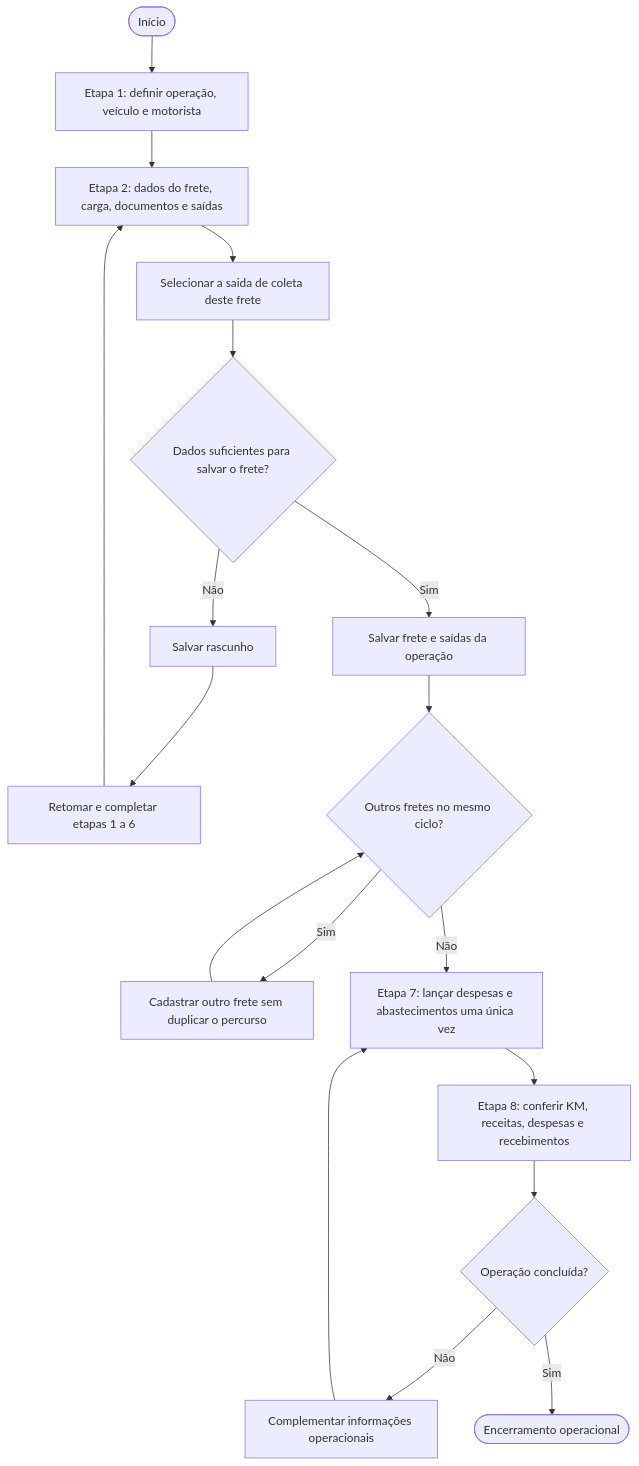
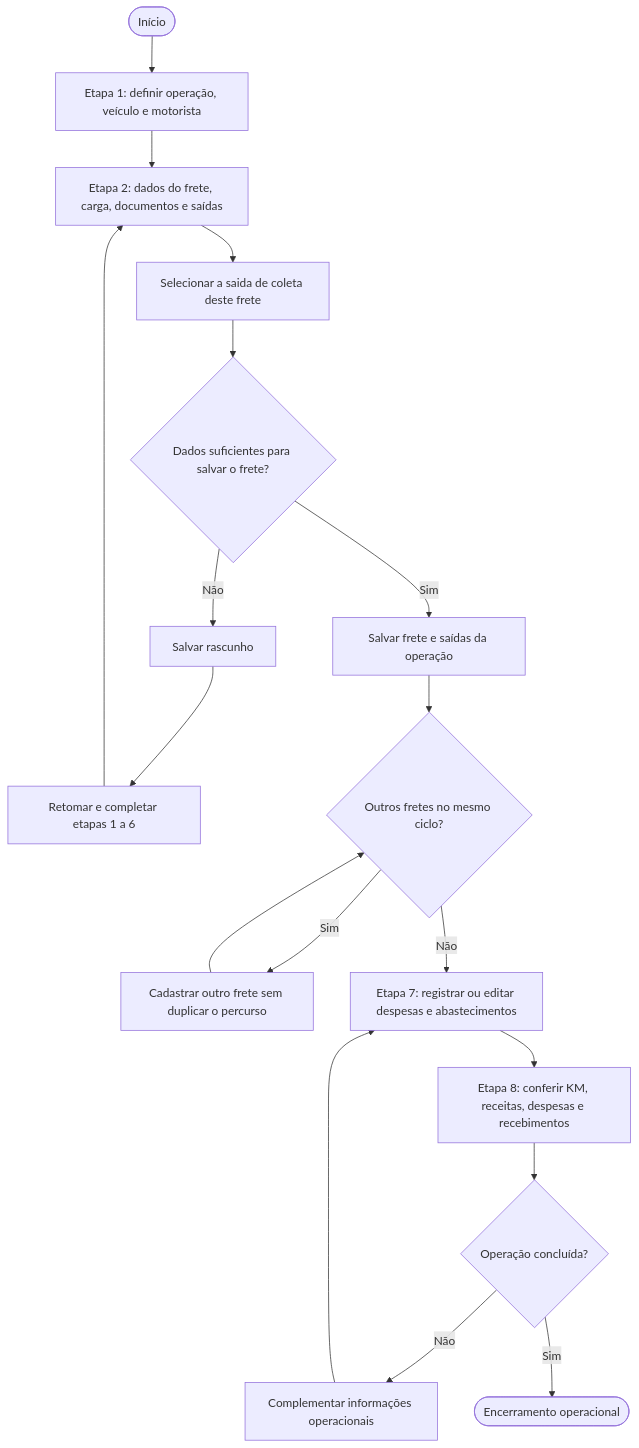
Before and after one commit to felpontes98/faeg-logistica-app: the diagram in docs/diagramas/atividades.md, drawn with Mermaid. The commit also changed 39 other files, not shown here.

Commit message:
Permite editar despesas e atualiza a documentação do MVP

````diff
--- a/docs/diagramas/atividades.md
+++ b/docs/diagramas/atividades.md
@@ -5,20 +5,20 @@
 ```mermaid
 flowchart TD
     A([Início]) --> B["Etapa 1: definir operação, veículo e motorista"]
     B --> C["Etapa 2: dados do frete, carga, documentos e saídas"]
     C --> C1["Selecionar a saida de coleta deste frete"]
     C1 --> D{"Dados suficientes para salvar o frete?"}
     D -->|"Não"| E["Salvar rascunho"]
     E --> F["Retomar e completar etapas 1 a 6"]
     F --> C
     D -->|"Sim"| G["Salvar frete e saídas da operação"]
     G --> H{"Outros fretes no mesmo ciclo?"}
     H -->|"Sim"| I["Cadastrar outro frete sem duplicar o percurso"]
     I --> H
-    H -->|"Não"| J["Etapa 7: lançar despesas e abastecimentos uma única vez"]
+    H -->|"Não"| J["Etapa 7: registrar ou editar despesas e abastecimentos"]
     J --> K["Etapa 8: conferir KM, receitas, despesas e recebimentos"]
     K --> L{"Operação concluída?"}
     L -->|"Não"| M["Complementar informações operacionais"]
     M --> J
     L -->|"Sim"| N(["Encerramento operacional"])
 ```
````
